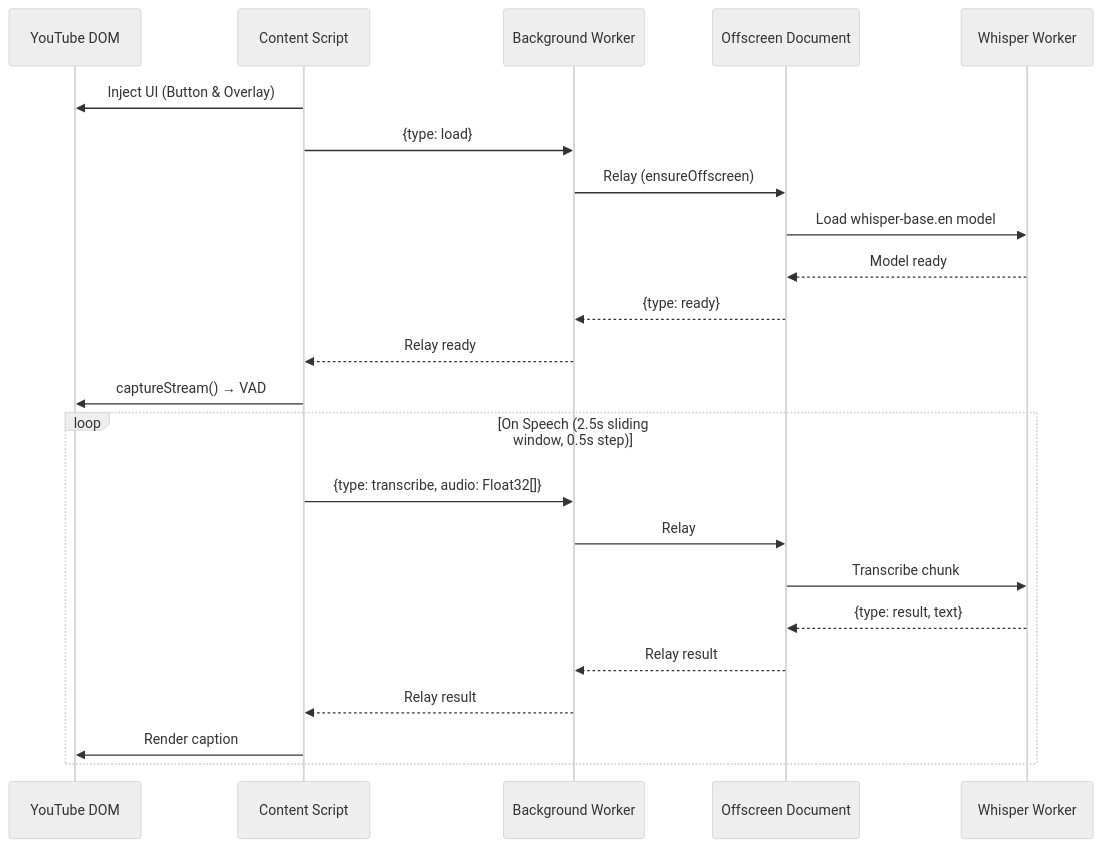
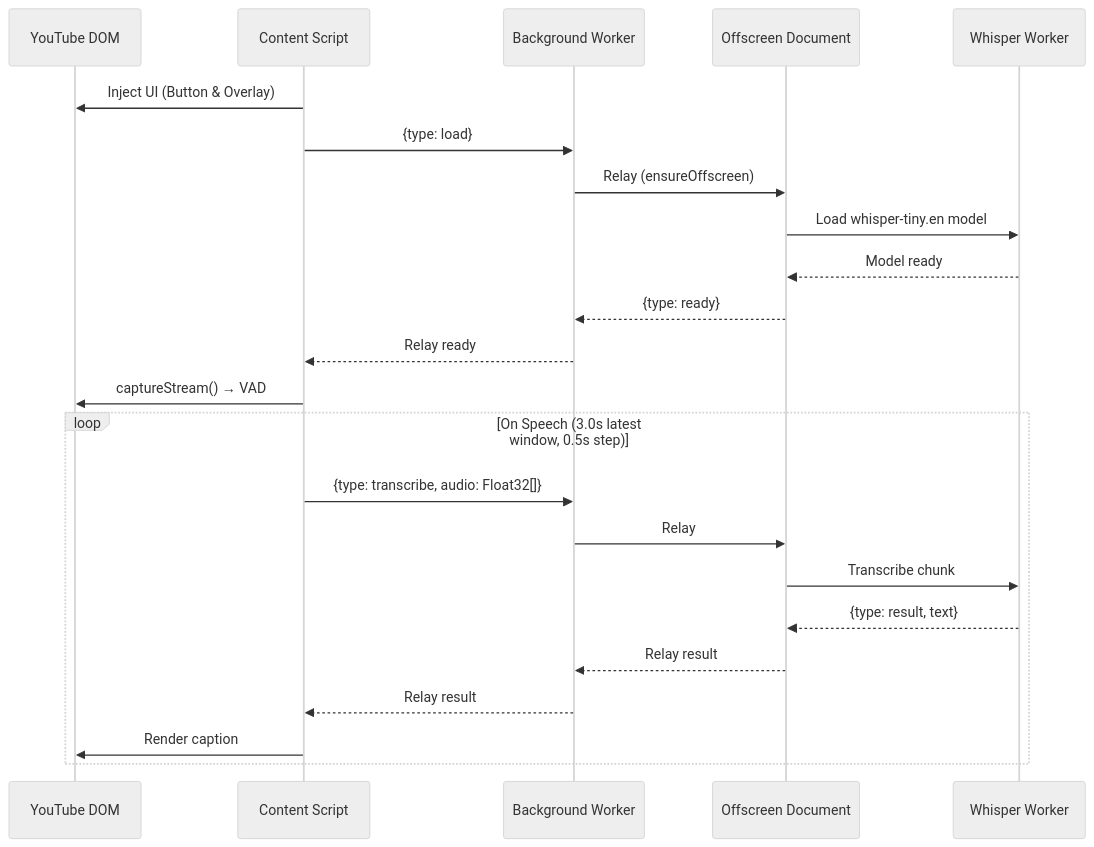
The first of 2 diagrams in README.md (pranansh-s/mute.ly), drawn with Mermaid (neutral theme) before and after one commit. The commit also changed other lines of this file and 11 other files, not shown here.

Commit message:
Live moving back to tiny model for faster transcription and bug fixing in VOD path

````diff
--- a/README.md
+++ b/README.md
@@ -24,27 +24,27 @@
 ```mermaid
 sequenceDiagram
     participant YT as YouTube DOM
     participant CS as Content Script
     participant BG as Background Worker
     participant OD as Offscreen Document
     participant WW as Whisper Worker
 
     CS->>YT: Inject UI (Button & Overlay)
     CS->>BG: {type: load}
     BG->>OD: Relay (ensureOffscreen)
-    OD->>WW: Load whisper-base.en model
+    OD->>WW: Load whisper-tiny.en model
     WW-->>OD: Model ready
     OD-->>BG: {type: ready}
     BG-->>CS: Relay ready
 
     CS->>YT: captureStream() → VAD
-    loop On Speech (2.5s sliding window, 0.5s step)
+    loop On Speech (3.0s latest window, 0.5s step)
         CS->>BG: {type: transcribe, audio: Float32[]}
         BG->>OD: Relay
         OD->>WW: Transcribe chunk
         WW-->>OD: {type: result, text}
         OD-->>BG: Relay result
         BG-->>CS: Relay result
         CS->>YT: Render caption
     end
 ```
````
